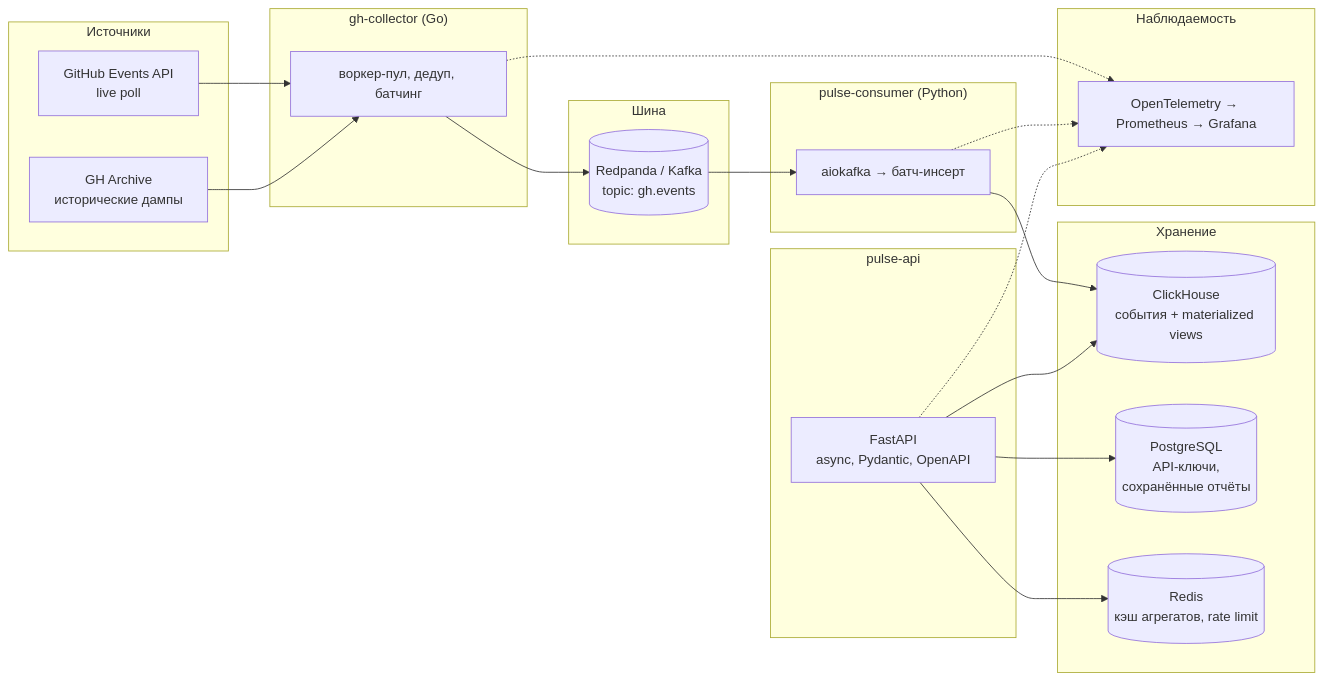
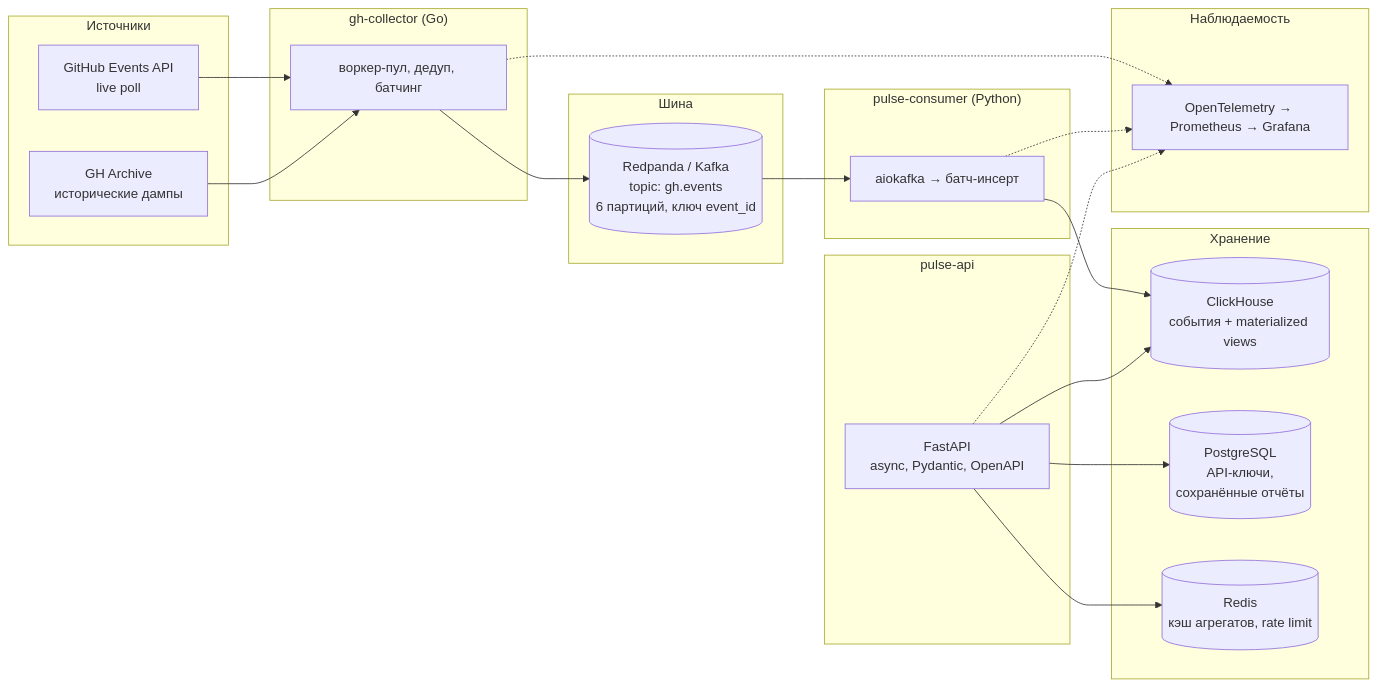
Before and after one commit to KrimsN/gh-pulse: the diagram in docs/ARCHITECTURE.md, drawn with Mermaid. The commit also changed other lines of this file and 4 other files, not shown here.

````diff
--- a/docs/ARCHITECTURE.md
+++ b/docs/ARCHITECTURE.md
@@ -18,45 +18,45 @@
 ```mermaid
 flowchart LR
     subgraph Источники
         A1[GitHub Events API<br/>live poll]
         A2[GH Archive<br/>исторические дампы]
     end
 
     subgraph "gh-collector (Go)"
         B[воркер-пул, дедуп, батчинг]
     end
 
     subgraph Шина
-        K[(Redpanda / Kafka<br/>topic: gh.events)]
+        K[(Redpanda / Kafka<br/>topic: gh.events<br/>6 партиций, ключ event_id)]
     end
 
     subgraph "pulse-consumer (Python)"
         C[aiokafka → батч-инсерт]
     end
 
     subgraph Хранение
         CH[(ClickHouse<br/>события + materialized views)]
         PG[(PostgreSQL<br/>API-ключи,<br/>сохранённые отчёты)]
         R[(Redis<br/>кэш агрегатов, rate limit)]
     end
 
     subgraph "pulse-api"
         F[FastAPI<br/>async, Pydantic, OpenAPI]
     end
 
     subgraph Наблюдаемость
         O[OpenTelemetry → Prometheus → Grafana]
     end
 
     A1 --> B
     A2 --> B
     B --> K
     K --> C
     C --> CH
     F --> CH
     F --> PG
     F --> R
     B -.-> O
     C -.-> O
     F -.-> O
 ```
````
